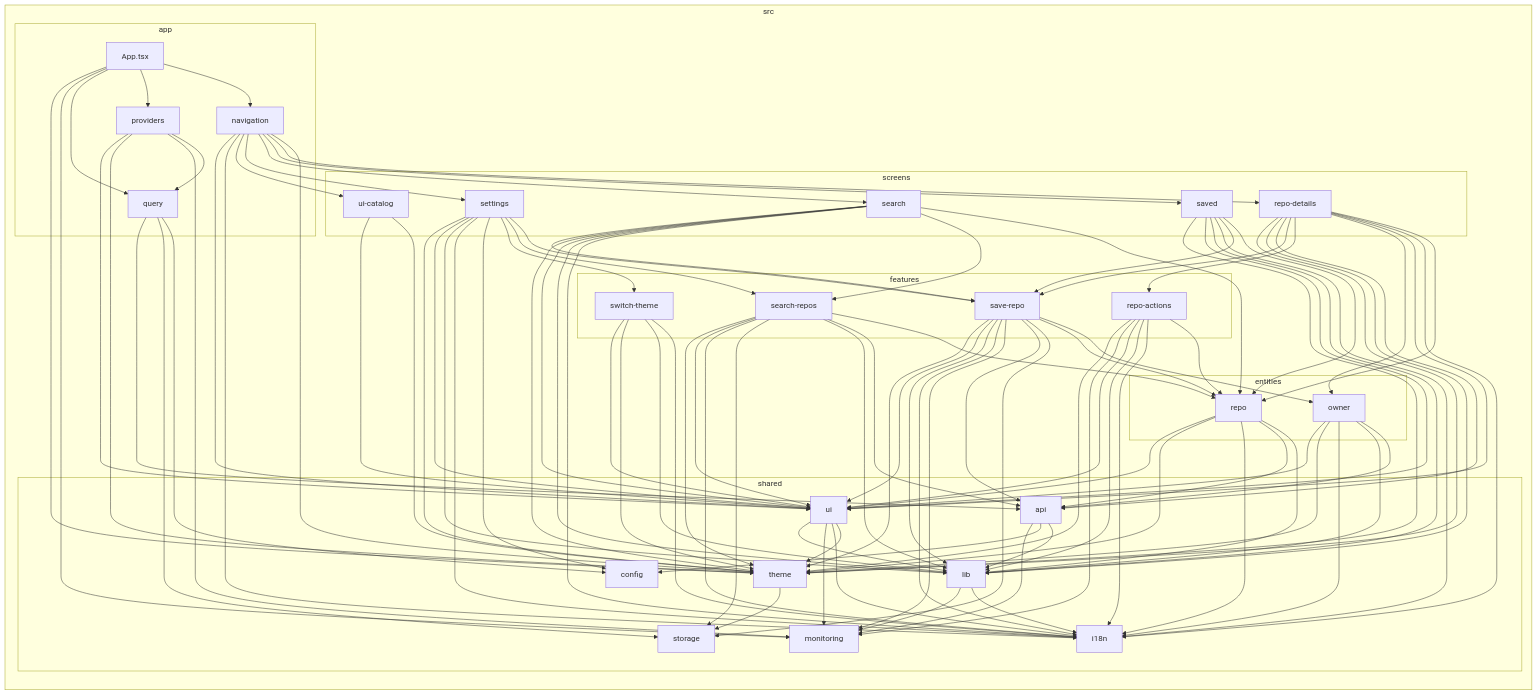
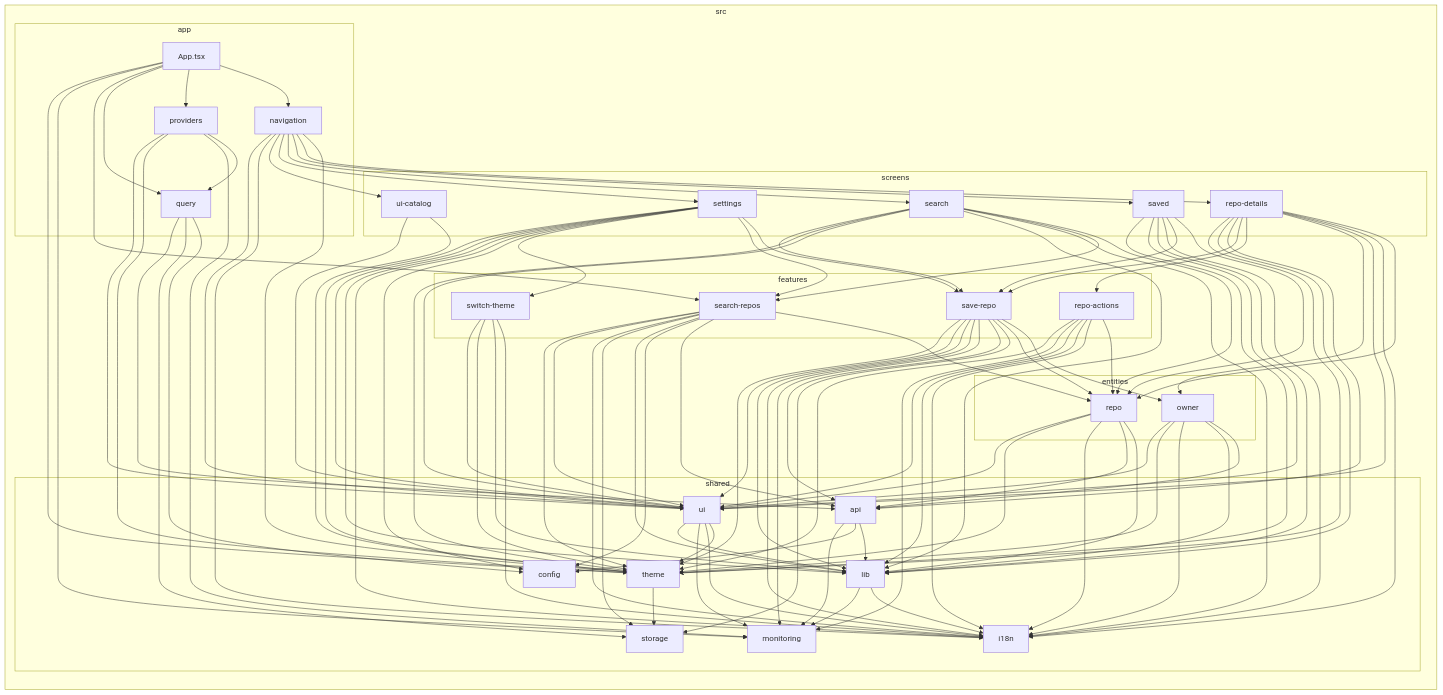
The diagram in docs/architecture-graph.md (kolarus/gh-reposcout), drawn with Mermaid before and after one commit. The commit also changed 5 other files, not shown here.

```diff
--- a/docs/architecture-graph.md
+++ b/docs/architecture-graph.md
@@ -44,6 +44,7 @@
 2-->3
 2-->4
 2-->5
+2-->C
 2-->P
 2-->R
 3-->R
@@ -88,6 +89,7 @@
 B-->R
 C-->8
 C-->L
+C-->M
 C-->O
 C-->Q
 C-->N
```
